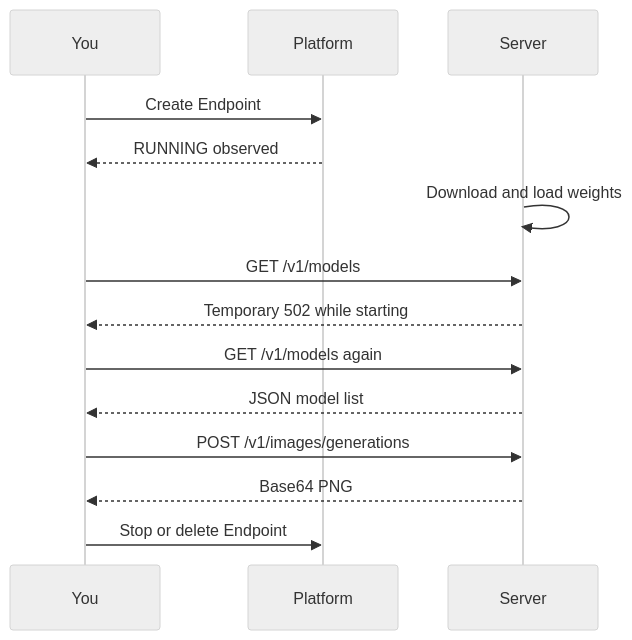
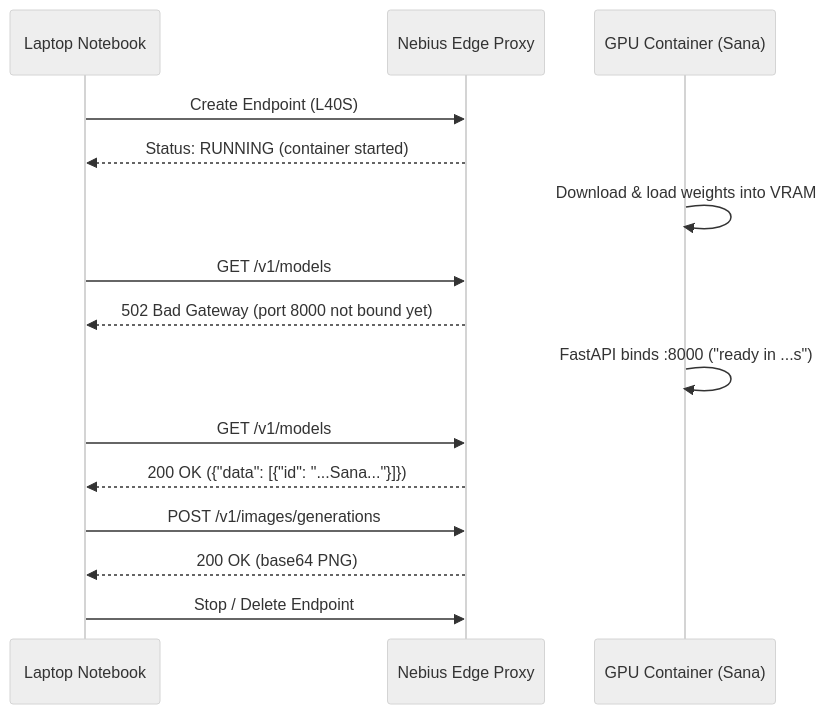
One commit to DataTalksClub/production-ai-agents-for-media-generation changed the diagram in 01-consistent-media-generation-on-serverless-gpus/02-first-generation.md. Above: the diagram before and after it, drawn with Mermaid (neutral theme). The commit also changed other lines of this file and 27 other files, not shown here.

````diff
--- a/01-consistent-media-generation-on-serverless-gpus/02-first-generation.md
+++ b/01-consistent-media-generation-on-serverless-gpus/02-first-generation.md
@@ -39,16 +50,17 @@
 ```mermaid
 sequenceDiagram
-    participant You
-    participant Platform
-    participant Server
-    You->>Platform: Create Endpoint
-    Platform-->>You: RUNNING observed
-    Server->>Server: Download and load weights
-    You->>Server: GET /v1/models
-    Server-->>You: Temporary 502 while starting
-    You->>Server: GET /v1/models again
-    Server-->>You: JSON model list
-    You->>Server: POST /v1/images/generations
-    Server-->>You: Base64 PNG
-    You->>Platform: Stop or delete Endpoint
+    participant Laptop as Laptop Notebook
+    participant Gateway as Nebius Edge Proxy
+    participant Container as GPU Container (Sana)
+    Laptop->>Gateway: Create Endpoint (L40S)
+    Gateway-->>Laptop: Status: RUNNING (container started)
+    Container->>Container: Download & load weights into VRAM
+    Laptop->>Gateway: GET /v1/models
+    Gateway-->>Laptop: 502 Bad Gateway (port 8000 not bound yet)
+    Container->>Container: FastAPI binds :8000 ("ready in ...s")
+    Laptop->>Gateway: GET /v1/models
+    Gateway-->>Laptop: 200 OK ({"data": [{"id": "...Sana..."}]})
+    Laptop->>Gateway: POST /v1/images/generations
+    Gateway-->>Laptop: 200 OK (base64 PNG)
+    Laptop->>Gateway: Stop / Delete Endpoint
 ```
````
